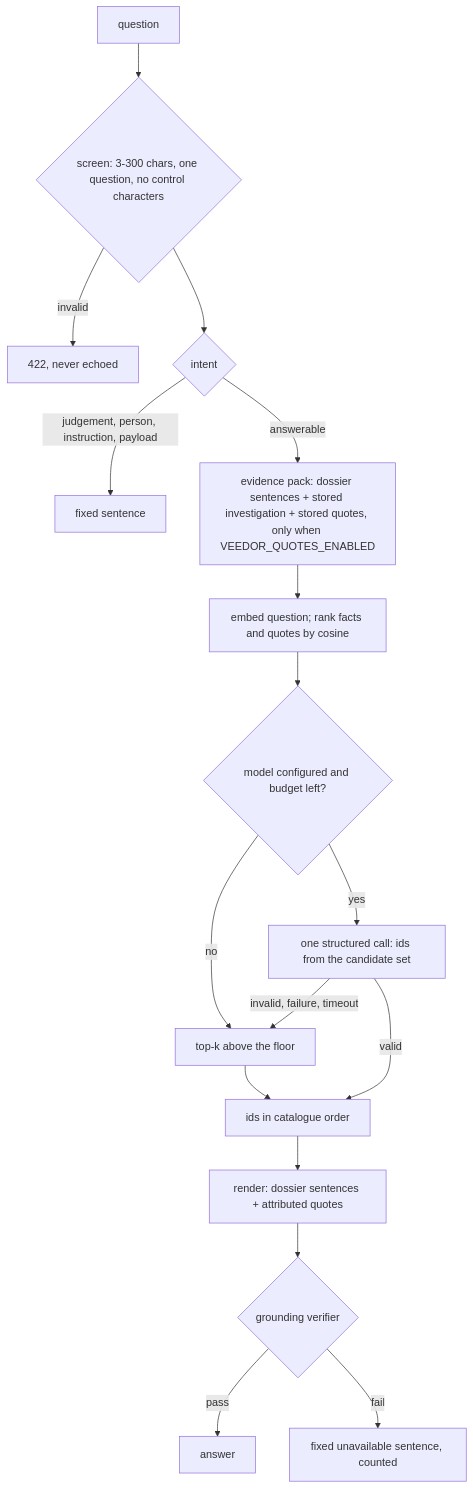
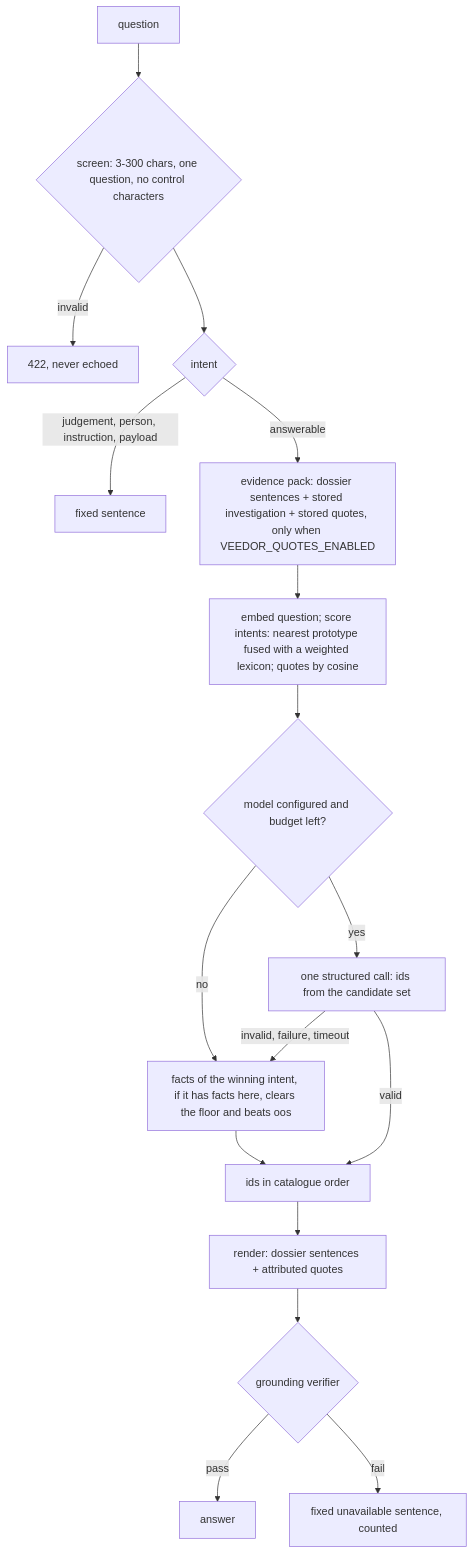
One commit to DweskZ/veedor changed the second of 2 diagrams in docs/AGENTS.md. Above: the diagram before and after it, drawn with Mermaid. The commit also changed other lines of this file and 18 other files, not shown here.

````diff
--- a/docs/AGENTS.md
+++ b/docs/AGENTS.md
@@ -181,19 +181,19 @@
 ```mermaid
 flowchart TD
     Q[question] --> V{screen: 3-300 chars, one question, no control characters}
     V -->|invalid| R422[422, never echoed]
     V --> I{intent}
     I -->|judgement, person, instruction, payload| F[fixed sentence]
     I -->|answerable| P[evidence pack: dossier sentences + stored investigation + stored quotes, only when VEEDOR_QUOTES_ENABLED]
-    P --> E[embed question; rank facts and quotes by cosine]
+    P --> E[embed question; score intents: nearest prototype fused with a weighted lexicon; quotes by cosine]
     E --> M{model configured and budget left?}
-    M -->|no| T[top-k above the floor]
+    M -->|no| T[facts of the winning intent, if it has facts here, clears the floor and beats oos]
     M -->|yes| S[one structured call: ids from the candidate set]
     S -->|invalid, failure, timeout| T
     S -->|valid| C[ids in catalogue order]
     T --> C
     C --> N[render: dossier sentences + attributed quotes]
     N --> G{grounding verifier}
     G -->|pass| A[answer]
     G -->|fail| U[fixed unavailable sentence, counted]
 ```
````
